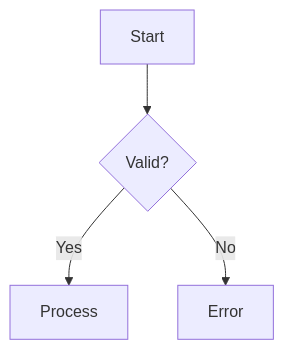
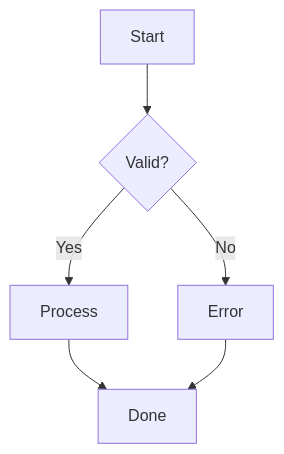
Before and after one commit to AeyeOps/aeo-skill-marketplace: the first of 6 diagrams in aeo-documentation/skills/markdown-mermaid/SKILL.md, drawn with Mermaid. The commit also changed other lines of this file and 2 other files, not shown here.

First line of the commit message:
docs(markdown-mermaid): improve trigger descriptions and expand patterns

````diff
--- a/aeo-documentation/skills/markdown-mermaid/SKILL.md
+++ b/aeo-documentation/skills/markdown-mermaid/SKILL.md
@@ -86,6 +86,8 @@
 ```mermaid
 flowchart TB
     Start[Start] --> Check{Valid?}
     Check -->|Yes| Process[Process]
     Check -->|No| Error[Error]
+    Process --> Done[Done]
+    Error --> Done
 ```
````
